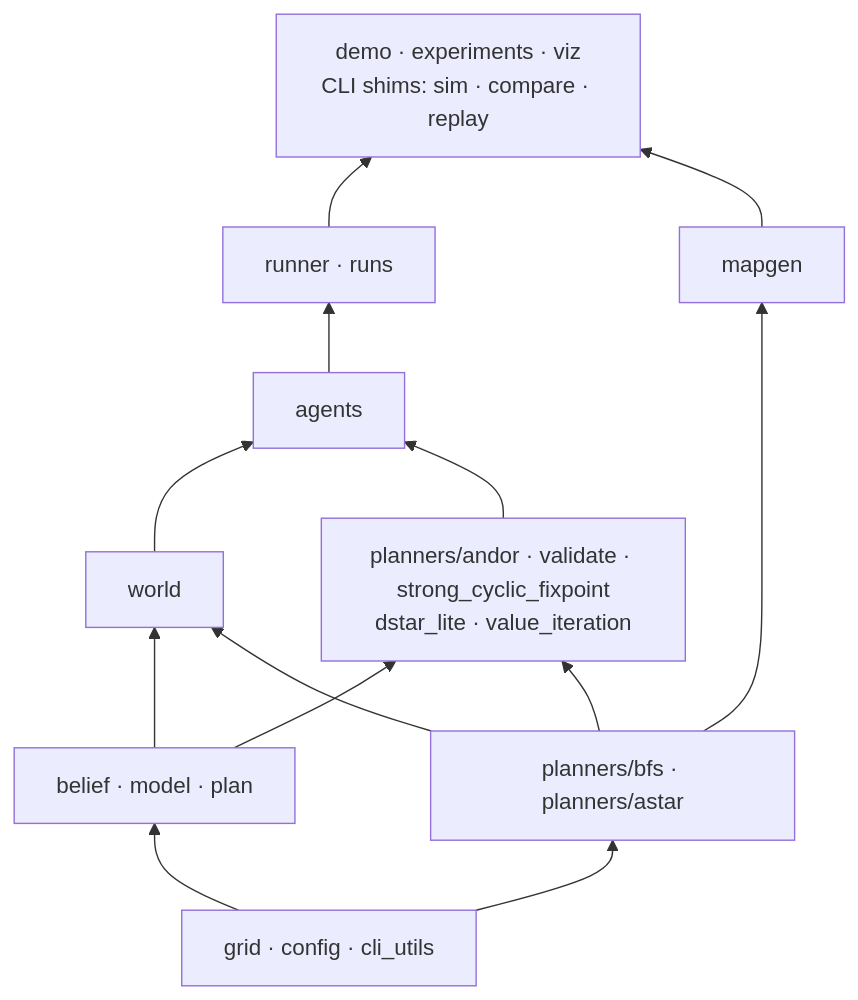
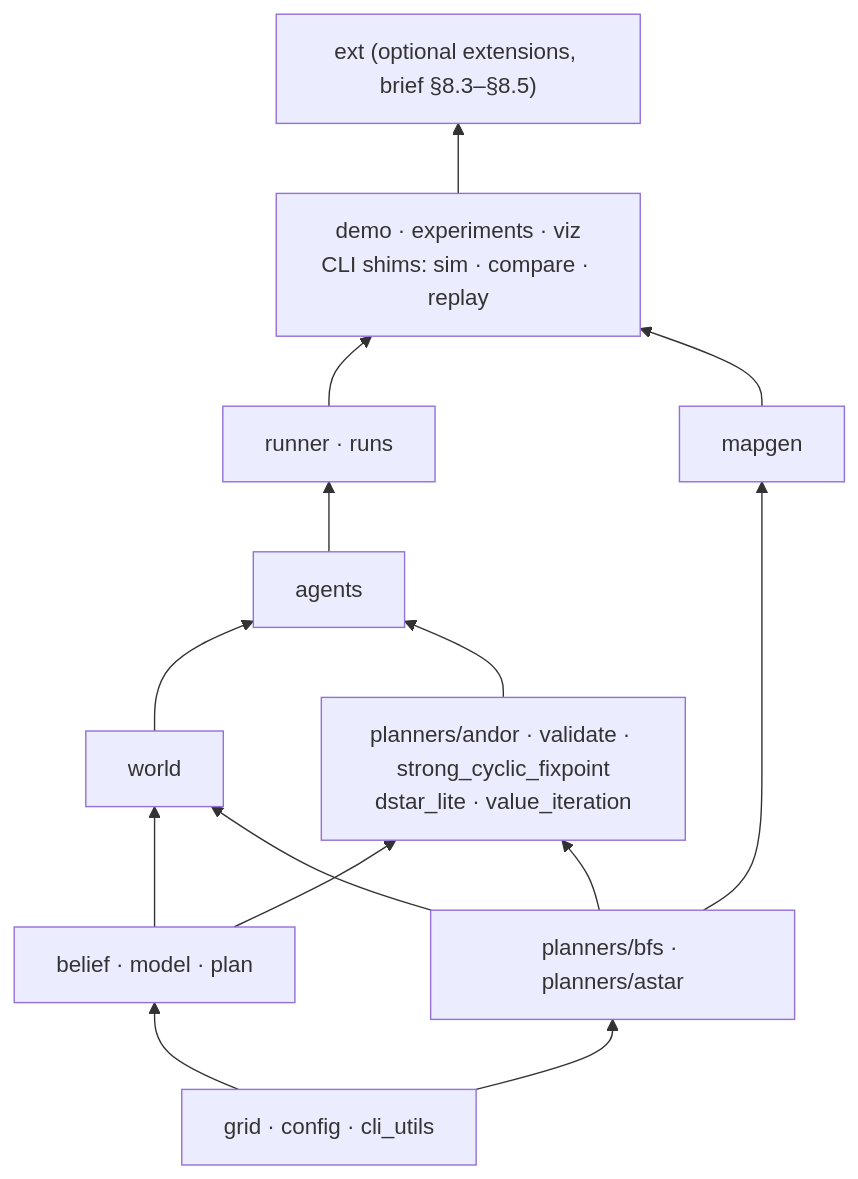
The second of 3 diagrams in docs/architecture.md (SUBASH-R-007/Rescue-Robot), drawn with Mermaid before and after one commit. The commit also changed other lines of this file and 4 other files, not shown here.

First line of the commit message:
docs(ext): extensions chapter, README/architecture/CLAUDE.md updates

````diff
--- a/docs/architecture.md
+++ b/docs/architecture.md
@@ -125,24 +125,26 @@
 ```mermaid
 flowchart BT
     F["grid · config · cli_utils"]
     D["belief · model · plan"]
     P0["planners/bfs · planners/astar"]
     W["world"]
     PL["planners/andor · validate · strong_cyclic_fixpoint<br/>dstar_lite · value_iteration"]
     MG["mapgen"]
     AG["agents"]
     R["runner · runs"]
     FE["demo · experiments · viz<br/>CLI shims: sim · compare · replay"]
+    EX["ext (optional extensions, brief §8.3–§8.5)"]
     F --> D
     F --> P0
     D --> W
     P0 --> W
     D --> PL
     P0 --> PL
     P0 --> MG
     W --> AG
     PL --> AG
     AG --> R
     R --> FE
     MG --> FE
+    FE --> EX
 ```
````
